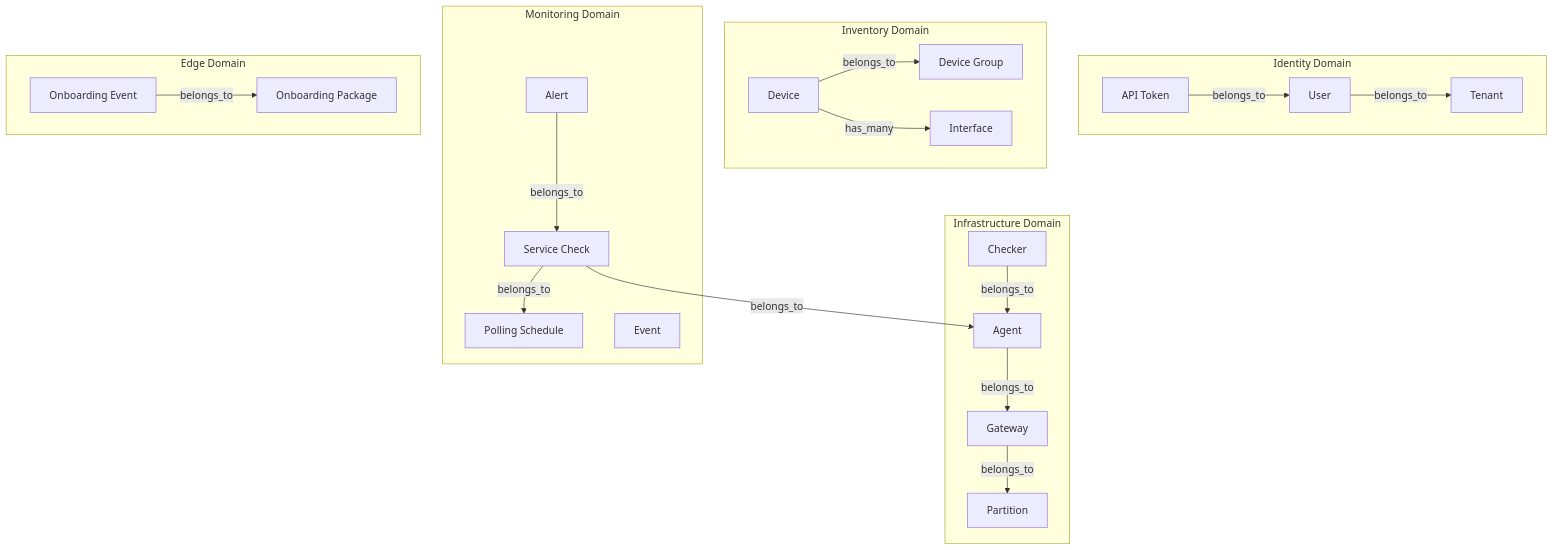
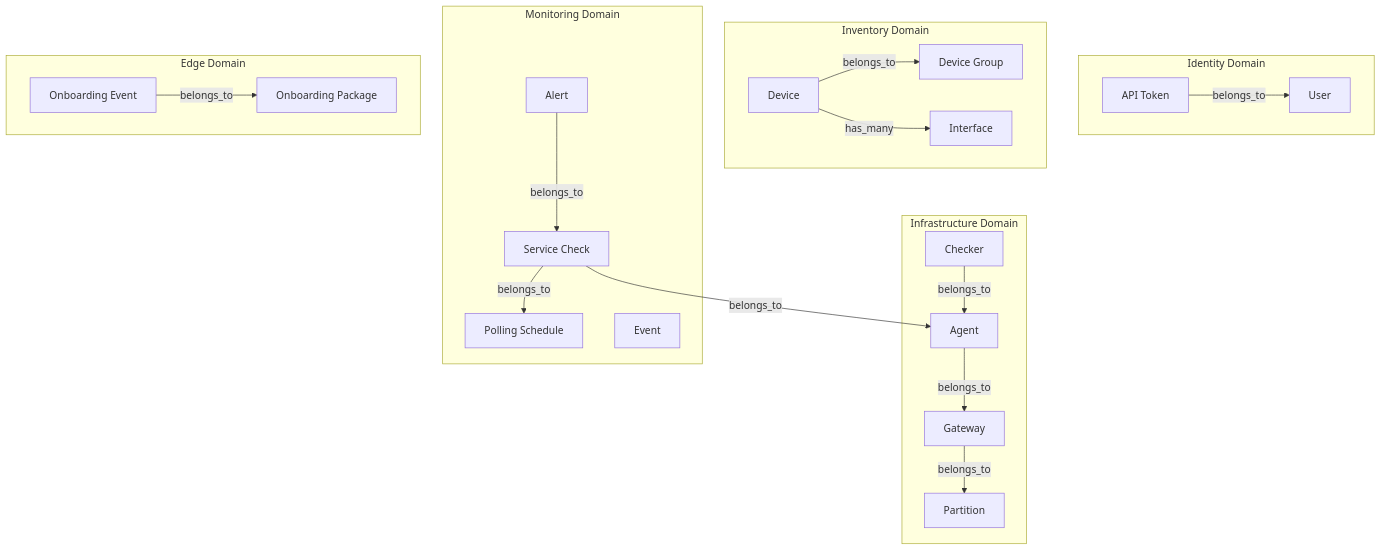
One commit to carverauto/serviceradar changed the diagram in docs/docs/ash-domains.md. Above: the diagram before and after it, drawn with Mermaid. The commit also changed other lines of this file and 81 other files, not shown here.

````diff
--- a/docs/docs/ash-domains.md
+++ b/docs/docs/ash-domains.md
@@ -12,45 +12,43 @@
 ```mermaid
 graph TB
     subgraph Identity["Identity Domain"]
-        Tenant[Tenant]
         User[User]
         ApiToken[API Token]
-        User -->|belongs_to| Tenant
         ApiToken -->|belongs_to| User
     end
 
     subgraph Inventory["Inventory Domain"]
         Device[Device]
         DeviceGroup[Device Group]
         Interface[Interface]
         Device -->|belongs_to| DeviceGroup
         Device -->|has_many| Interface
     end
 
     subgraph Infrastructure["Infrastructure Domain"]
         Partition[Partition]
         Gateway[Gateway]
         Agent[Agent]
         Checker[Checker]
         Gateway -->|belongs_to| Partition
         Agent -->|belongs_to| Gateway
         Checker -->|belongs_to| Agent
     end
 
     subgraph Monitoring["Monitoring Domain"]
         PollingSchedule[Polling Schedule]
         ServiceCheck[Service Check]
         Alert[Alert]
         Event[Event]
         ServiceCheck -->|belongs_to| PollingSchedule
         ServiceCheck -->|belongs_to| Agent
         Alert -->|belongs_to| ServiceCheck
     end
 
     subgraph Edge["Edge Domain"]
         OnboardingPackage[Onboarding Package]
         OnboardingEvent[Onboarding Event]
         OnboardingEvent -->|belongs_to| OnboardingPackage
     end
 
 ```
````
